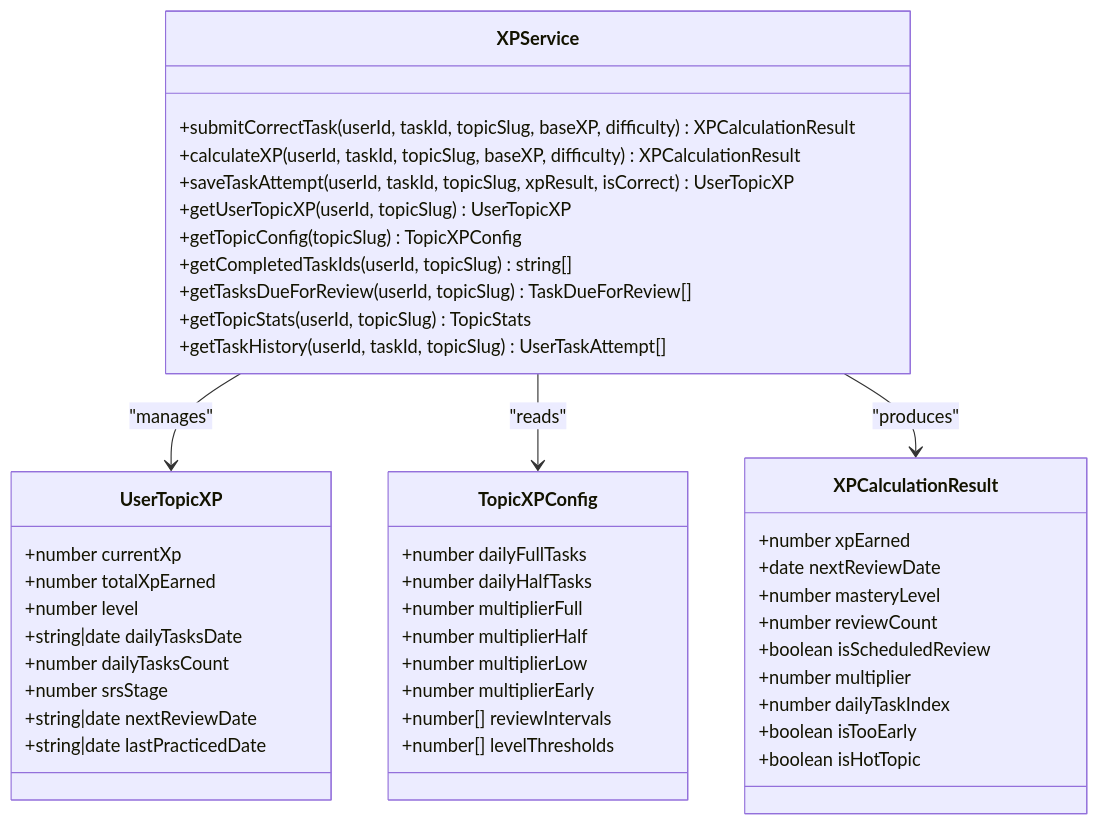
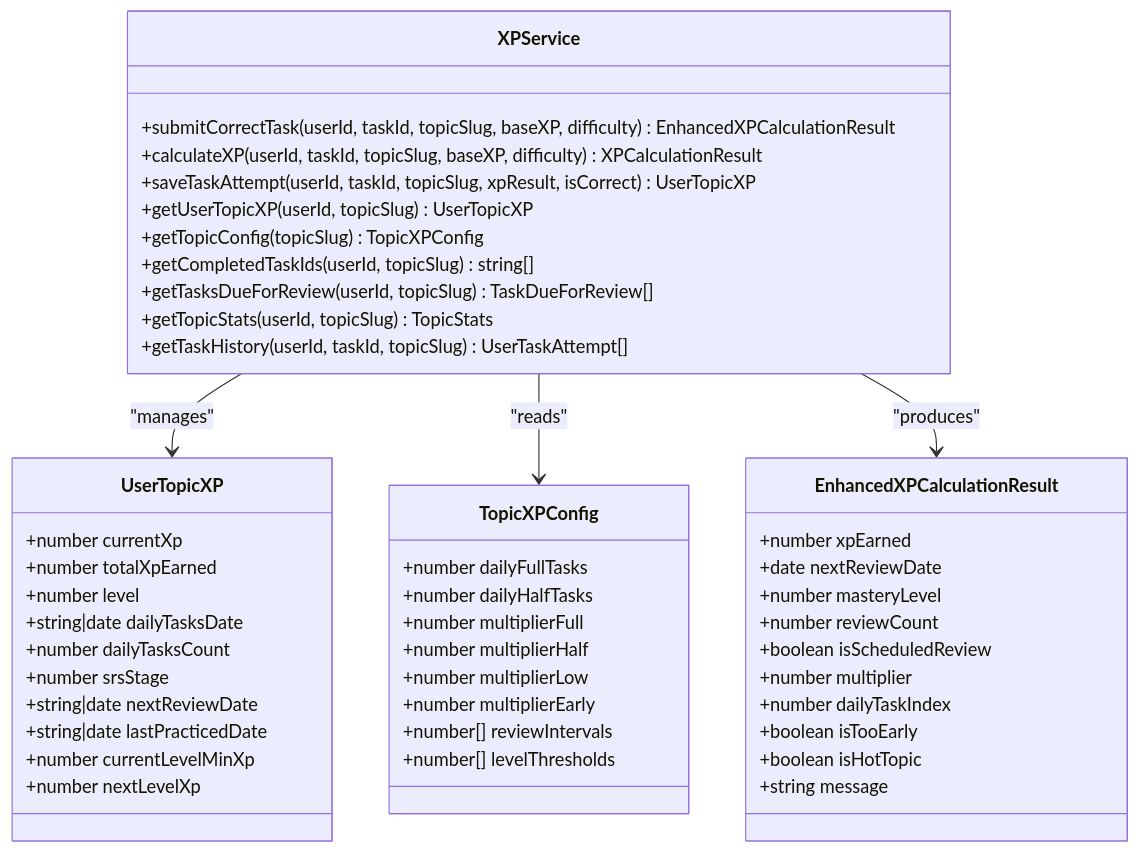
Before and after one commit to AlexKutz/math-app-next-js: the fourth of 5 diagrams in .qoder/repowiki/en/content/Core Features/Learning Interface/Task System Architecture.md, drawn with Mermaid. The commit also changed other lines of this file and 9 other files, not shown here.

````diff
--- a/.qoder/repowiki/en/content/Core Features/Learning Interface/Task System Architecture.md
+++ b/.qoder/repowiki/en/content/Core Features/Learning Interface/Task System Architecture.md
@@ -266,48 +310,51 @@
 ```mermaid
 classDiagram
 class XPService {
-+submitCorrectTask(userId, taskId, topicSlug, baseXP, difficulty) XPCalculationResult
++submitCorrectTask(userId, taskId, topicSlug, baseXP, difficulty) EnhancedXPCalculationResult
 +calculateXP(userId, taskId, topicSlug, baseXP, difficulty) XPCalculationResult
 +saveTaskAttempt(userId, taskId, topicSlug, xpResult, isCorrect) UserTopicXP
 +getUserTopicXP(userId, topicSlug) UserTopicXP
 +getTopicConfig(topicSlug) TopicXPConfig
 +getCompletedTaskIds(userId, topicSlug) string[]
 +getTasksDueForReview(userId, topicSlug) TaskDueForReview[]
 +getTopicStats(userId, topicSlug) TopicStats
 +getTaskHistory(userId, taskId, topicSlug) UserTaskAttempt[]
 }
 class UserTopicXP {
 +number currentXp
 +number totalXpEarned
 +number level
 +string|date dailyTasksDate
 +number dailyTasksCount
 +number srsStage
 +string|date nextReviewDate
 +string|date lastPracticedDate
++number currentLevelMinXp
++number nextLevelXp
 }
 class TopicXPConfig {
 +number dailyFullTasks
 +number dailyHalfTasks
 +number multiplierFull
 +number multiplierHalf
 +number multiplierLow
 +number multiplierEarly
 +number[] reviewIntervals
 +number[] levelThresholds
 }
-class XPCalculationResult {
+class EnhancedXPCalculationResult {
 +number xpEarned
 +date nextReviewDate
 +number masteryLevel
 +number reviewCount
 +boolean isScheduledReview
 +number multiplier
 +number dailyTaskIndex
 +boolean isTooEarly
 +boolean isHotTopic
++string message
 }
 XPService --> UserTopicXP : "manages"
 XPService --> TopicXPConfig : "reads"
-XPService --> XPCalculationResult : "produces"
+XPService --> EnhancedXPCalculationResult : "produces"
 ```
````
